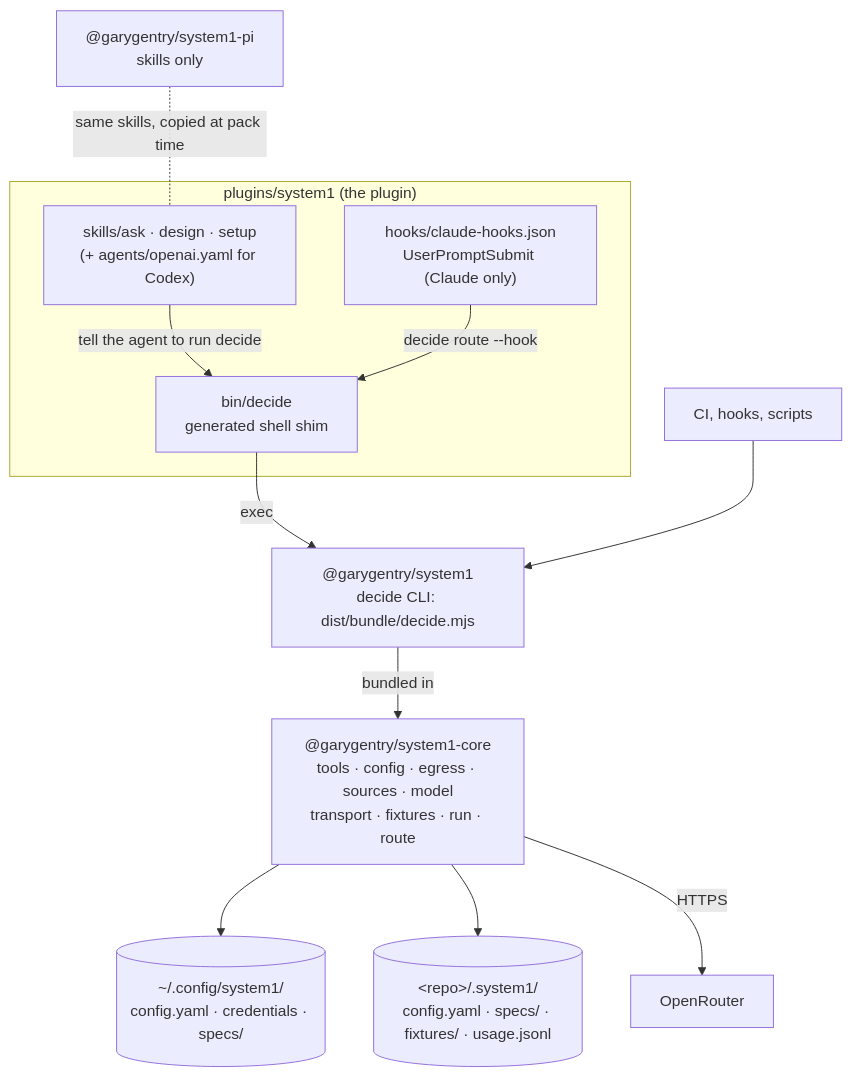
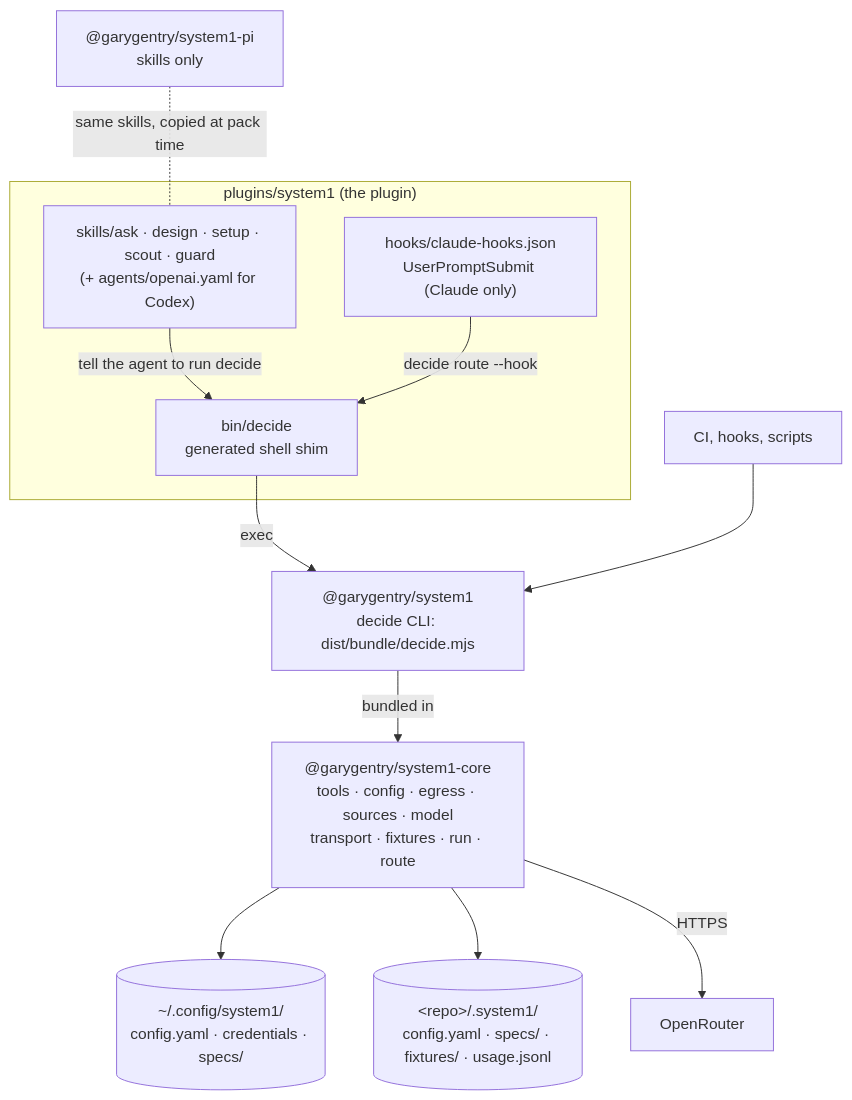
One commit to garygentry/system1 changed the diagram in docs/architecture/containers.md. Above: the diagram before and after it, drawn with Mermaid. The commit also changed other lines of this file and 12 other files, not shown here.

````diff
--- a/docs/architecture/containers.md
+++ b/docs/architecture/containers.md
@@ -7,25 +7,25 @@
 ```mermaid
 flowchart TB
     subgraph plugin["plugins/system1 (the plugin)"]
-        skills["skills/ask · design · setup<br/>(+ agents/openai.yaml for Codex)"]
+        skills["skills/ask · design · setup · scout · guard<br/>(+ agents/openai.yaml for Codex)"]
         shim["bin/decide<br/>generated shell shim"]
         hook["hooks/claude-hooks.json<br/>UserPromptSubmit (Claude only)"]
     end
     pipkg["@garygentry/system1-pi<br/>skills only"]
     cli["@garygentry/system1<br/>decide CLI: dist/bundle/decide.mjs"]
     core["@garygentry/system1-core<br/>tools · config · egress · sources · model<br/>transport · fixtures · run · route"]
     userdir[("~/.config/system1/<br/>config.yaml · credentials · specs/")]
     repodir[("&lt;repo&gt;/.system1/<br/>config.yaml · specs/ · fixtures/ · usage.jsonl")]
     openrouter["OpenRouter"]
     scripts["CI, hooks, scripts"]
 
     skills -- "tell the agent to run decide" --> shim
     hook -- "decide route --hook" --> shim
     pipkg -. "same skills, copied at pack time" .- skills
     shim -- "exec" --> cli
     scripts --> cli
     cli -- "bundled in" --> core
     core --> userdir
     core --> repodir
     core -- "HTTPS" --> openrouter
 ```
````
